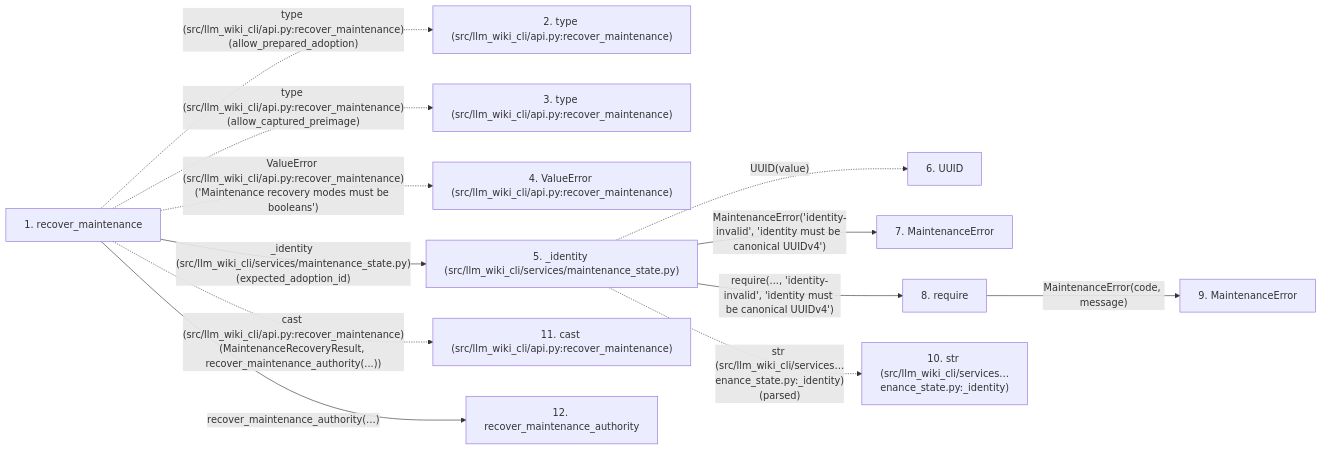
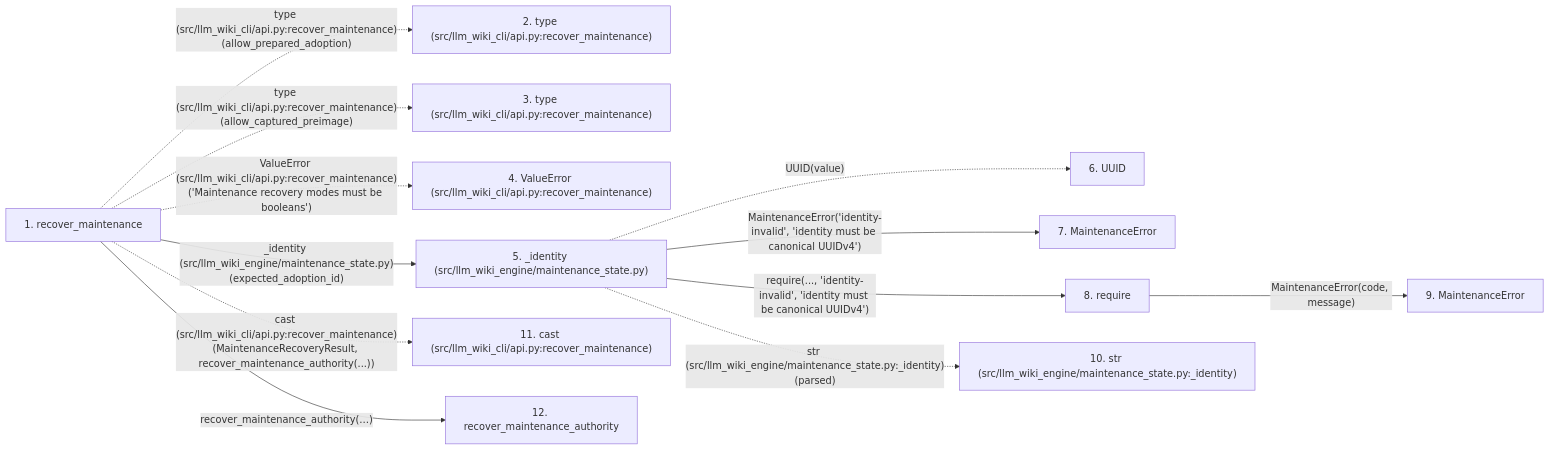
The second of 2 diagrams in docs/llm_wiki/flows/api-recover_maintenance.md (Denissvgn/python-wiki-llm), drawn with Mermaid before and after one commit. The commit also changed other lines of this file and 1058 other files, not shown here.

````diff
--- a/docs/llm_wiki/flows/api-recover_maintenance.md
+++ b/docs/llm_wiki/flows/api-recover_maintenance.md
@@ -171,32 +171,32 @@
 ```mermaid
 flowchart LR
     s1["1. recover_maintenance"]
     s2["2. type (src/llm_wiki_cli/api.py:recover_maintenance)"]
     s3["3. type (src/llm_wiki_cli/api.py:recover_maintenance)"]
     s4["4. ValueError (src/llm_wiki_cli/api.py:recover_maintenance)"]
-    s5["5. _identity (src/llm_wiki_cli/services/maintenance_state.py)"]
+    s5["5. _identity (src/llm_wiki_engine/maintenance_state.py)"]
     s6["6. UUID"]
     s7["7. MaintenanceError"]
     s8["8. require"]
     s9["9. MaintenanceError"]
-    s10["10. str (src/llm_wiki_cli/services…enance_state.py:_identity)"]
+    s10["10. str (src/llm_wiki_engine/maintenance_state.py:_identity)"]
     s11["11. cast (src/llm_wiki_cli/api.py:recover_maintenance)"]
     s12["12. recover_maintenance_authority"]
     s1 -. "type (src/llm_wiki_cli/api.py:recover_maintenance)(allow_prepared_adoption)" .-> s2
     s1 -. "type (src/llm_wiki_cli/api.py:recover_maintenance)(allow_captured_preimage)" .-> s3
     s1 -. "ValueError (src/llm_wiki_cli/api.py:recover_maintenance)('Maintenance recovery modes must be booleans')" .-> s4
-    s1 -->|"_identity (src/llm_wiki_cli/services/maintenance_state.py)(expected_adoption_id)"| s5
+    s1 -->|"_identity (src/llm_wiki_engine/maintenance_state.py)(expected_adoption_id)"| s5
     s5 -. "UUID(value)" .-> s6
     s5 -->|"MaintenanceError('identity-invalid', 'identity must be canonical UUIDv4')"| s7
     s5 -->|"require(..., 'identity-invalid', 'identity must be canonical UUIDv4')"| s8
     s8 -->|"MaintenanceError(code, message)"| s9
-    s5 -. "str (src/llm_wiki_cli/services…enance_state.py:_identity)(parsed)" .-> s10
+    s5 -. "str (src/llm_wiki_engine/maintenance_state.py:_identity)(parsed)" .-> s10
     s1 -. "cast (src/llm_wiki_cli/api.py:recover_maintenance)(MaintenanceRecoveryResult, recover_maintenance_authority(...))" .-> s11
     s1 -->|"recover_maintenance_authority(…)"| s12
     click s1 "../modules/api.md"
     click s5 "../modules/maintenance_state.md"
     click s7 "../modules/maintenance_shapes.md"
     click s8 "../modules/maintenance_shapes.md"
     click s9 "../modules/maintenance_shapes.md"
     click s12 "../modules/maintenance_service.md"
 ```
````
